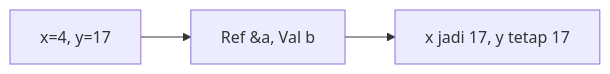
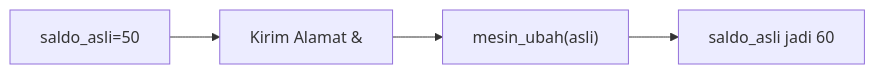
The tenth of 25 diagrams in part-c-pemahaman-cpp/04-fungsi/latihan/set-11.md (amnahwaida/OSNK_INF_PREP), drawn with Mermaid before and after one commit. The commit also changed other lines of this file and 71 other files, not shown here.

````diff
--- a/part-c-pemahaman-cpp/04-fungsi/latihan/set-11.md
+++ b/part-c-pemahaman-cpp/04-fungsi/latihan/set-11.md
@@ -263,5 +273,6 @@
 ```mermaid
 graph LR
-A["x=4, y=17"] --> B["Ref &a, Val b"]
-B --> C["x jadi 17, y tetap 17"]
+A["saldo_asli=50"] --> B["Kirim Alamat &"]
+B --> C["mesin_ubah(asli)"]
+C --> D["saldo_asli jadi 60"]
 ```
````
